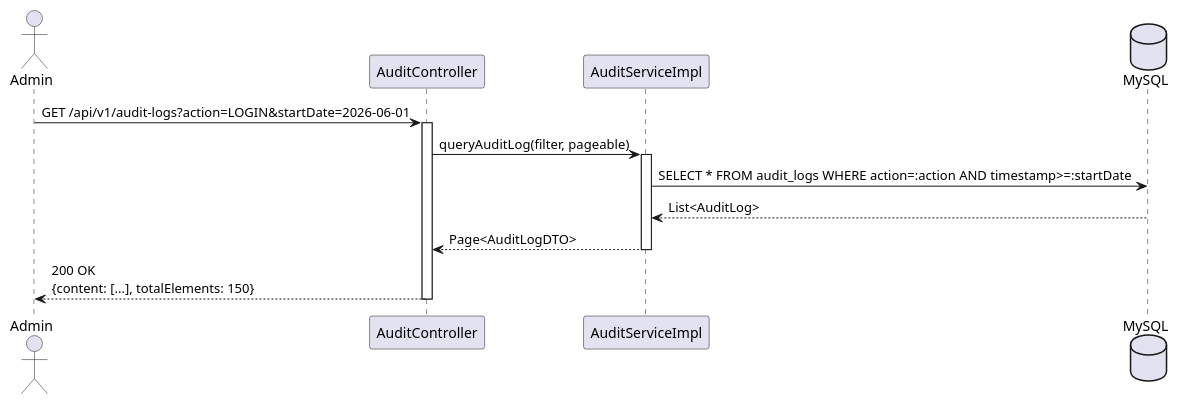
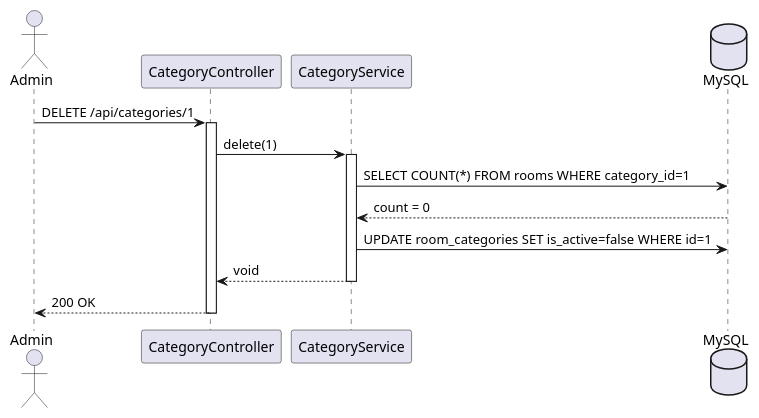
Before and after one commit to Luuxinhxinh/hoanien-resort: the second of 2 diagrams in 06-Testing/mod1_auth/uc06/EDS_uc06_SPEC.md, drawn with PlantUML. The commit also changed other lines of this file and 81 other files, not shown here.

````diff
--- a/06-Testing/mod1_auth/uc06/EDS_uc06_SPEC.md
+++ b/06-Testing/mod1_auth/uc06/EDS_uc06_SPEC.md
@@ -208,19 +150,20 @@
 ```plantuml
 @startuml
-actor "Admin" as A
-participant "AuditController" as Ctrl
-participant "AuditServiceImpl" as Svc
-database MySQL as DB
+actor Admin
+participant CategoryController
+participant CategoryService
+database MySQL
 
-A -> Ctrl: GET /api/v1/audit-logs?action=LOGIN&startDate=2026-06-01
-activate Ctrl
-Ctrl -> Svc: queryAuditLog(filter, pageable)
-activate Svc
-Svc -> DB: SELECT * FROM audit_logs WHERE action=:action AND timestamp>=:startDate
-DB --> Svc: List<AuditLog>
-Svc --> Ctrl: Page<AuditLogDTO>
-deactivate Svc
-Ctrl --> A: 200 OK\n{content: [...], totalElements: 150}
-deactivate Ctrl
+Admin -> CategoryController: DELETE /api/categories/1
+activate CategoryController
+CategoryController -> CategoryService: delete(1)
+activate CategoryService
+CategoryService -> MySQL: SELECT COUNT(*) FROM rooms WHERE category_id=1
+MySQL --> CategoryService: count = 0
+CategoryService -> MySQL: UPDATE room_categories SET is_active=false WHERE id=1
+CategoryService --> CategoryController: void
+deactivate CategoryService
+CategoryController --> Admin: 200 OK
+deactivate CategoryController
 @enduml
 ```
````
